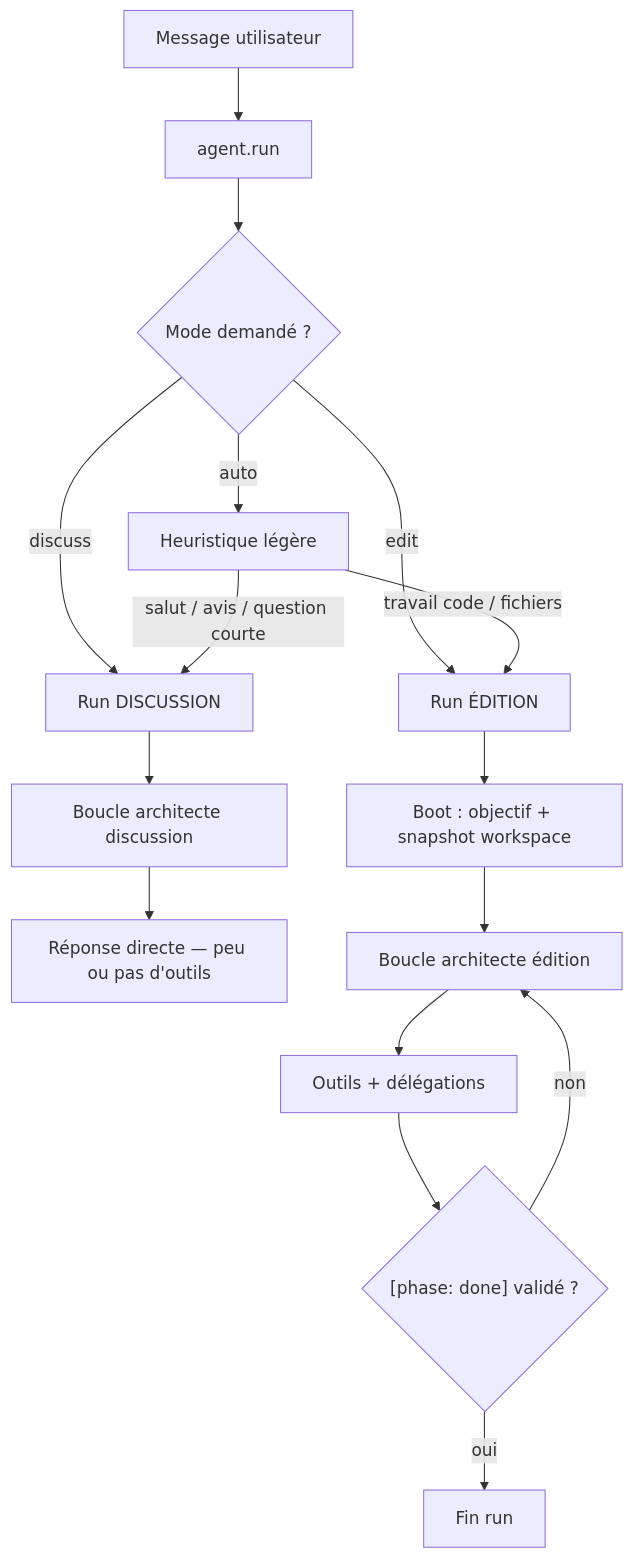
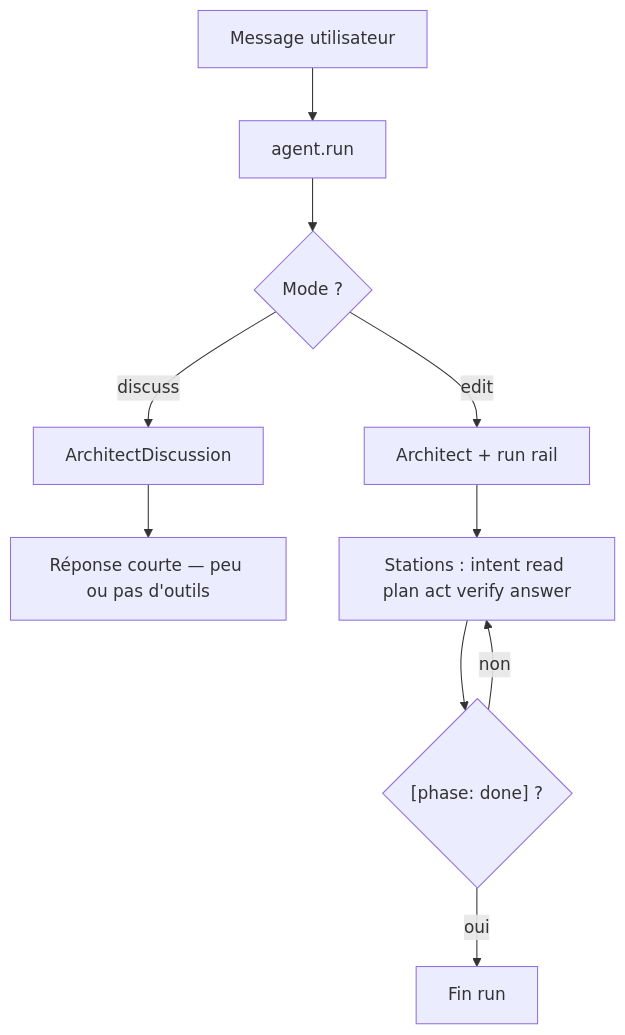
One commit to DroxKiwi/Drox---IDE---OR changed the fourth of 13 diagrams in README.md. Above: the diagram before and after it, drawn with Mermaid. The commit also changed other lines of this file, not shown here.

First line of the commit message:
Docs: README aligné run rail 1.4 et vue globale Ollama/IDE/moteur.

````diff
--- a/README.md
+++ b/README.md
@@ -76,20 +128,14 @@
 ```mermaid
 flowchart TD
   MSG["Message utilisateur"] --> RUN["agent.run"]
-  RUN --> MODE{"Mode demandé ?"}
-  MODE -->|discuss| DISC["Run DISCUSSION"]
-  MODE -->|edit| EDIT["Run ÉDITION"]
-  MODE -->|auto| HEUR["Heuristique légère"]
-  HEUR -->|salut / avis / question courte| DISC
-  HEUR -->|travail code / fichiers| EDIT
+  RUN --> MODE{"Mode ?"}
+  MODE -->|discuss| DISC["ArchitectDiscussion"]
+  MODE -->|edit| EDIT["Architect + run rail"]
 
-  DISC --> DLOOP["Boucle architecte discussion"]
-  DLOOP --> DOUT["Réponse directe — peu ou pas d'outils"]
+  DISC --> DOUT["Réponse courte — peu ou pas d'outils"]
 
-  EDIT --> EBOOT["Boot : objectif + snapshot workspace"]
-  EBOOT --> ELOOP["Boucle architecte édition"]
-  ELOOP --> TOOLS["Outils + délégations"]
-  TOOLS --> DONE{"[phase: done] validé ?"}
+  EDIT --> RAIL["Stations : intent read plan act verify answer"]
+  RAIL --> DONE{"[phase: done] ?"}
   DONE -->|oui| END["Fin run"]
-  DONE -->|non| ELOOP
+  DONE -->|non| RAIL
 ```
````
